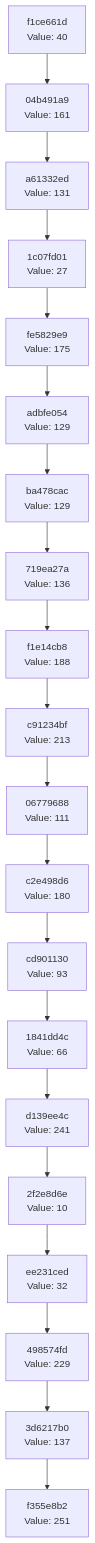
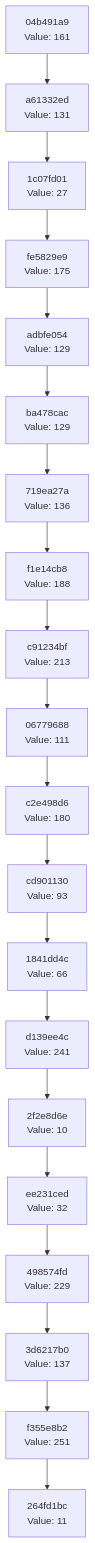
One commit to Abhisheksinha1506/hash-chain-evolver changed the diagram in docs/CHAIN_VISUALIZATION.md. Above: the diagram before and after it, drawn with Mermaid. The commit also changed 1 other file, not shown here.

Commit message:
Evolution step: hash 0x0B → action executed

````diff
--- a/docs/CHAIN_VISUALIZATION.md
+++ b/docs/CHAIN_VISUALIZATION.md
@@ -3,42 +3,42 @@
 ```mermaid
 graph TD
-    C0["f355e8b2<br/>Value: 251"]
-    C1["3d6217b0<br/>Value: 137"]
+    C0["264fd1bc<br/>Value: 11"]
+    C1["f355e8b2<br/>Value: 251"]
     C1 --> C0
-    C2["498574fd<br/>Value: 229"]
+    C2["3d6217b0<br/>Value: 137"]
     C2 --> C1
-    C3["ee231ced<br/>Value: 32"]
+    C3["498574fd<br/>Value: 229"]
     C3 --> C2
-    C4["2f2e8d6e<br/>Value: 10"]
+    C4["ee231ced<br/>Value: 32"]
     C4 --> C3
-    C5["d139ee4c<br/>Value: 241"]
+    C5["2f2e8d6e<br/>Value: 10"]
     C5 --> C4
-    C6["1841dd4c<br/>Value: 66"]
+    C6["d139ee4c<br/>Value: 241"]
     C6 --> C5
-    C7["cd901130<br/>Value: 93"]
+    C7["1841dd4c<br/>Value: 66"]
     C7 --> C6
-    C8["c2e498d6<br/>Value: 180"]
+    C8["cd901130<br/>Value: 93"]
     C8 --> C7
-    C9["06779688<br/>Value: 111"]
+    C9["c2e498d6<br/>Value: 180"]
     C9 --> C8
-    C10["c91234bf<br/>Value: 213"]
+    C10["06779688<br/>Value: 111"]
     C10 --> C9
-    C11["f1e14cb8<br/>Value: 188"]
+    C11["c91234bf<br/>Value: 213"]
     C11 --> C10
-    C12["719ea27a<br/>Value: 136"]
+    C12["f1e14cb8<br/>Value: 188"]
     C12 --> C11
-    C13["ba478cac<br/>Value: 129"]
+    C13["719ea27a<br/>Value: 136"]
     C13 --> C12
-    C14["adbfe054<br/>Value: 129"]
+    C14["ba478cac<br/>Value: 129"]
     C14 --> C13
-    C15["fe5829e9<br/>Value: 175"]
+    C15["adbfe054<br/>Value: 129"]
     C15 --> C14
-    C16["1c07fd01<br/>Value: 27"]
+    C16["fe5829e9<br/>Value: 175"]
     C16 --> C15
-    C17["a61332ed<br/>Value: 131"]
+    C17["1c07fd01<br/>Value: 27"]
     C17 --> C16
-    C18["04b491a9<br/>Value: 161"]
+    C18["a61332ed<br/>Value: 131"]
     C18 --> C17
-    C19["f1ce661d<br/>Value: 40"]
+    C19["04b491a9<br/>Value: 161"]
     C19 --> C18
 ```
````
